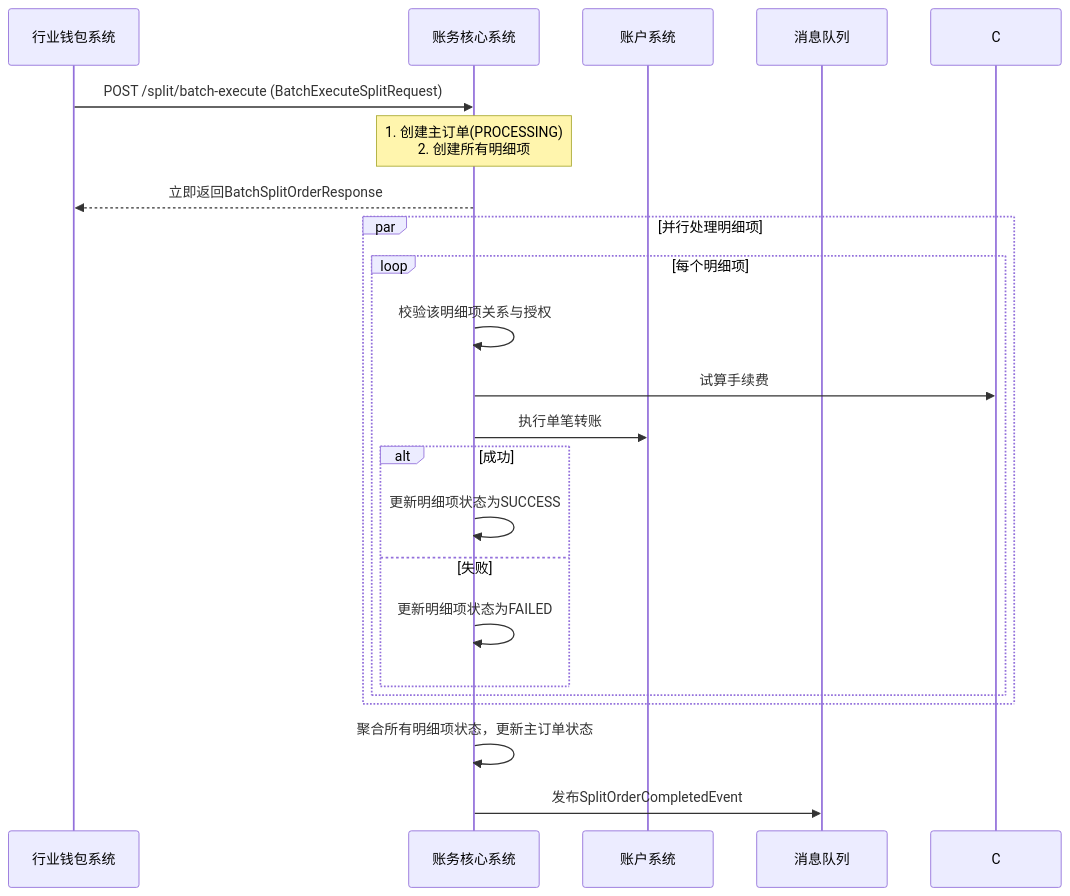
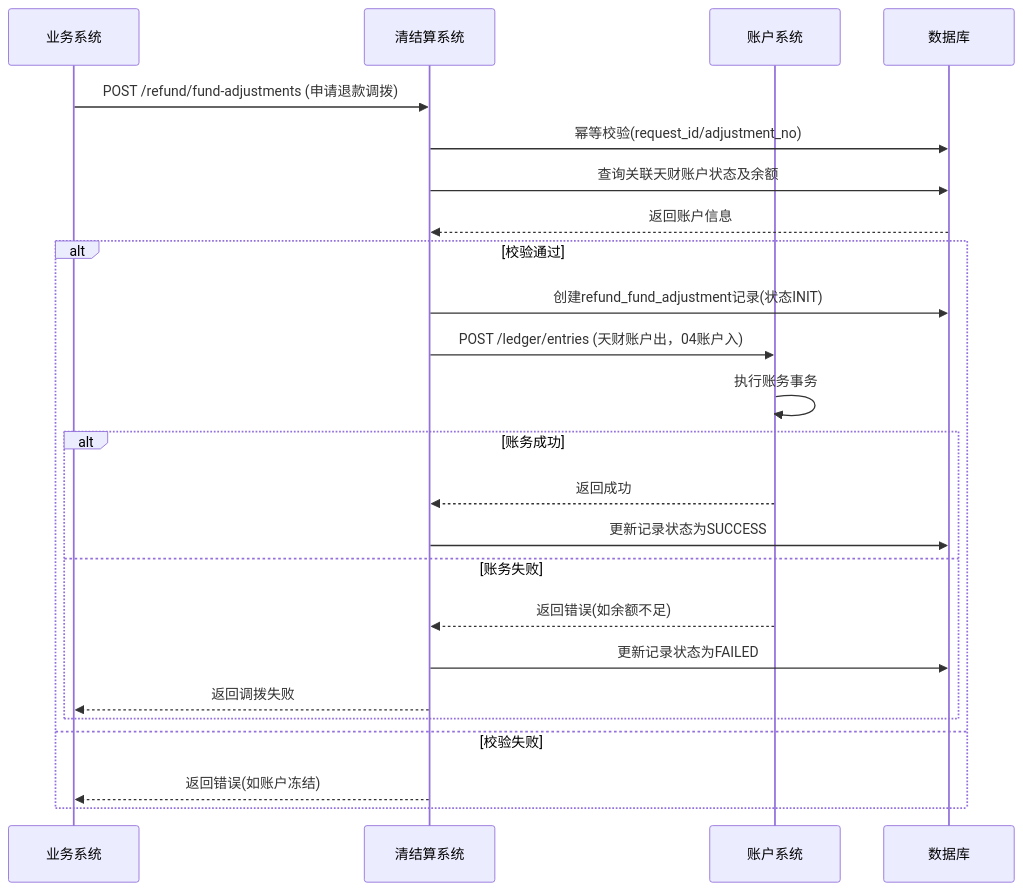
Diagram 14 of 28 in data/天财分账需求/gpt-5.2/output/final_design_document.md (youzi211/AiCoding), drawn with Mermaid before and after one commit. The commit also changed other lines of this file and 93 other files, not shown here.

````diff
--- a/data/天财分账需求/gpt-5.2/output/final_design_document.md
+++ b/data/天财分账需求/gpt-5.2/output/final_design_document.md
@@ -2193,25 +2090,27 @@
 ```mermaid
 sequenceDiagram
-    participant W as 行业钱包系统
-    participant S as 账务核心系统
+    participant B as 业务系统
+    participant S as 清结算系统
     participant A as 账户系统
-    participant MQ as 消息队列
+    participant DB as 数据库
 
-    W->>S: POST /split/batch-execute (BatchExecuteSplitRequest)
-    Note over S: 1. 创建主订单(PROCESSING)<br/>2. 创建所有明细项
-    S-->>W: 立即返回BatchSplitOrderResponse
-    par 并行处理明细项
-        loop 每个明细项
-            S->>S: 校验该明细项关系与授权
-            S->>C: 试算手续费
-            S->>A: 执行单笔转账
-            alt 成功
-                S->>S: 更新明细项状态为SUCCESS
-            else 失败
-                S->>S: 更新明细项状态为FAILED
-            end
+    B->>S: POST /refund/fund-adjustments (申请退款调拨)
+    S->>DB: 幂等校验(request_id/adjustment_no)
+    S->>DB: 查询关联天财账户状态及余额
+    DB-->>S: 返回账户信息
+    alt 校验通过
+        S->>DB: 创建refund_fund_adjustment记录(状态INIT)
+        S->>A: POST /ledger/entries (天财账户出，04账户入)
+        A->>A: 执行账务事务
+        alt 账务成功
+            A-->>S: 返回成功
+            S->>DB: 更新记录状态为SUCCESS
+        else 账务失败
+            A-->>S: 返回错误(如余额不足)
+            S->>DB: 更新记录状态为FAILED
+            S-->>B: 返回调拨失败
         end
+    else 校验失败
+        S-->>B: 返回错误(如账户冻结)
     end
-    S->>S: 聚合所有明细项状态，更新主订单状态
-    S->>MQ: 发布SplitOrderCompletedEvent
 ```
````
